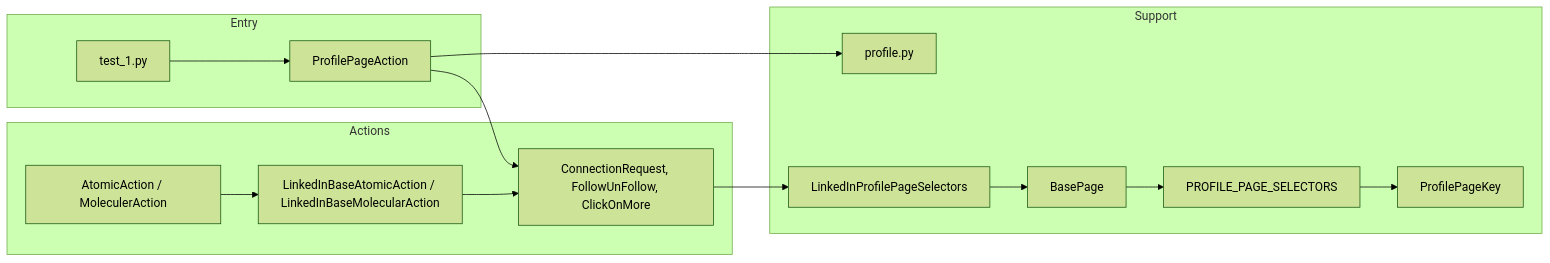
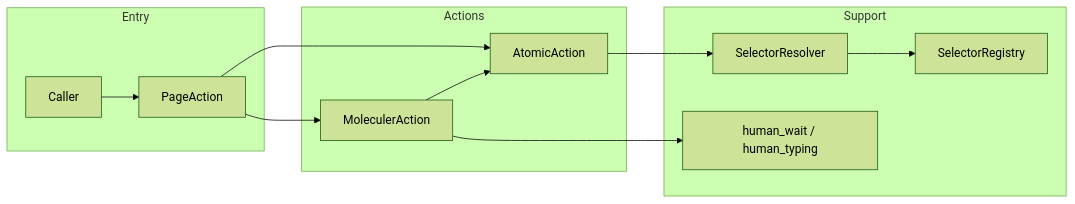
Before and after one commit to Roshan-yadav-evil-genius/TheOneEye-Backend: the first of 2 diagrams in core/Node/Nodes/Browser/automation/architecture.md, drawn with Mermaid (forest theme). The commit also changed other lines of this file, not shown here.

First line of the commit message:
Refactor browser automation architecture for multi-site support

````diff
--- a/core/Node/Nodes/Browser/automation/architecture.md
+++ b/core/Node/Nodes/Browser/automation/architecture.md
@@ -90,25 +97,23 @@
 ```mermaid
 flowchart LR
   subgraph entry [Entry]
-    Test[test_1.py]
-    ProfilePage[ProfilePageAction]
+    Caller[Caller]
+    PageAction[PageAction]
   end
   subgraph actions [Actions]
-    Base[AtomicAction / MoleculerAction]
-    LinkedInBase[LinkedInBaseAtomicAction / LinkedInBaseMolecularAction]
-    Concrete[ConnectionRequest, FollowUnFollow, ClickOnMore]
+    Atomic[AtomicAction]
+    Molecular[MoleculerAction]
   end
   subgraph support [Support]
-    ProfileModule[profile.py]
-    Selectors[LinkedInProfilePageSelectors]
-    BasePage[BasePage]
-    Registry[PROFILE_PAGE_SELECTORS]
-    Keys[ProfilePageKey]
+    Resolver[SelectorResolver]
+    Registry[SelectorRegistry]
+    Human[human_wait / human_typing]
   end
-  Test --> ProfilePage
-  ProfilePage --> Concrete
-  ProfilePage --> ProfileModule
-  Base --> LinkedInBase --> Concrete
-  Concrete --> Selectors
-  Selectors --> BasePage --> Registry --> Keys
+  Caller --> PageAction
+  PageAction --> Molecular
+  PageAction --> Atomic
+  Molecular --> Atomic
+  Atomic --> Resolver
+  Molecular --> Human
+  Resolver --> Registry
 ```
````
